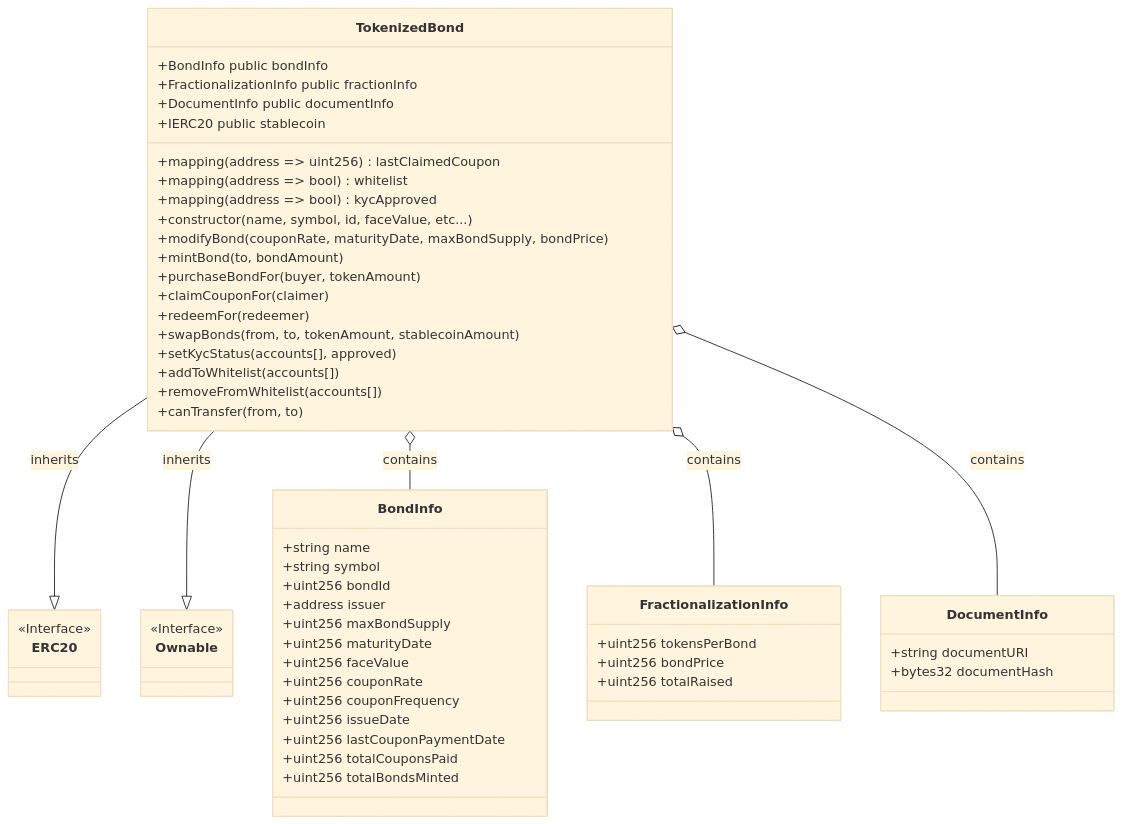
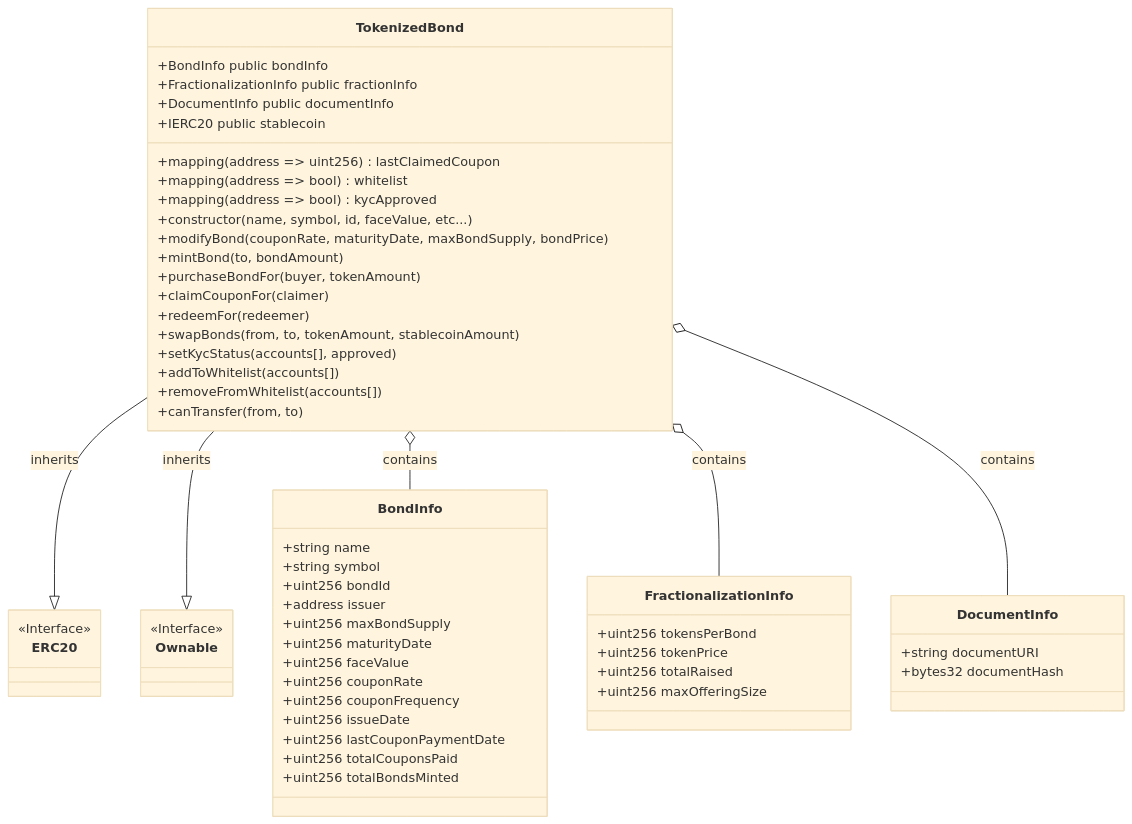
One commit to whanyu1212/fractional-bond-trading changed the second of 6 diagrams in README.md. Above: the diagram before and after it, drawn with Mermaid (base theme). The commit also changed other lines of this file, not shown here.

Commit message:
updating readme to reflect the latest contract changes and also added a user story diagram

````diff
--- a/README.md
+++ b/README.md
@@ -189,64 +246,65 @@
 ```mermaid
 classDiagram
     class TokenizedBond {
         +BondInfo public bondInfo
         +FractionalizationInfo public fractionInfo
         +DocumentInfo public documentInfo
         +IERC20 public stablecoin
         +mapping(address => uint256) lastClaimedCoupon
         +mapping(address => bool) whitelist
         +mapping(address => bool) kycApproved
         +constructor(name, symbol, id, faceValue, etc...)
         +modifyBond(couponRate, maturityDate, maxBondSupply, bondPrice)
         +mintBond(to, bondAmount)
         +purchaseBondFor(buyer, tokenAmount)
         +claimCouponFor(claimer)
         +redeemFor(redeemer)
         +swapBonds(from, to, tokenAmount, stablecoinAmount)
         +setKycStatus(accounts[], approved)
         +addToWhitelist(accounts[])
         +removeFromWhitelist(accounts[])
         +canTransfer(from, to)
     }
 
     class BondInfo {
         +string name
         +string symbol
         +uint256 bondId
         +address issuer
         +uint256 maxBondSupply
         +uint256 maturityDate
         +uint256 faceValue
         +uint256 couponRate
         +uint256 couponFrequency
         +uint256 issueDate
         +uint256 lastCouponPaymentDate
         +uint256 totalCouponsPaid
         +uint256 totalBondsMinted
     }
 
     class FractionalizationInfo {
         +uint256 tokensPerBond
-        +uint256 bondPrice
+        +uint256 tokenPrice
         +uint256 totalRaised
+        +uint256 maxOfferingSize
     }
 
     class DocumentInfo {
         +string documentURI
         +bytes32 documentHash
     }
 
     class ERC20 {
         <<Interface>>
     }
 
     class Ownable {
         <<Interface>>
     }
 
     TokenizedBond --|> ERC20: inherits
     TokenizedBond --|> Ownable: inherits
     TokenizedBond o-- BondInfo: contains
     TokenizedBond o-- FractionalizationInfo: contains
     TokenizedBond o-- DocumentInfo: contains
 ```
````
